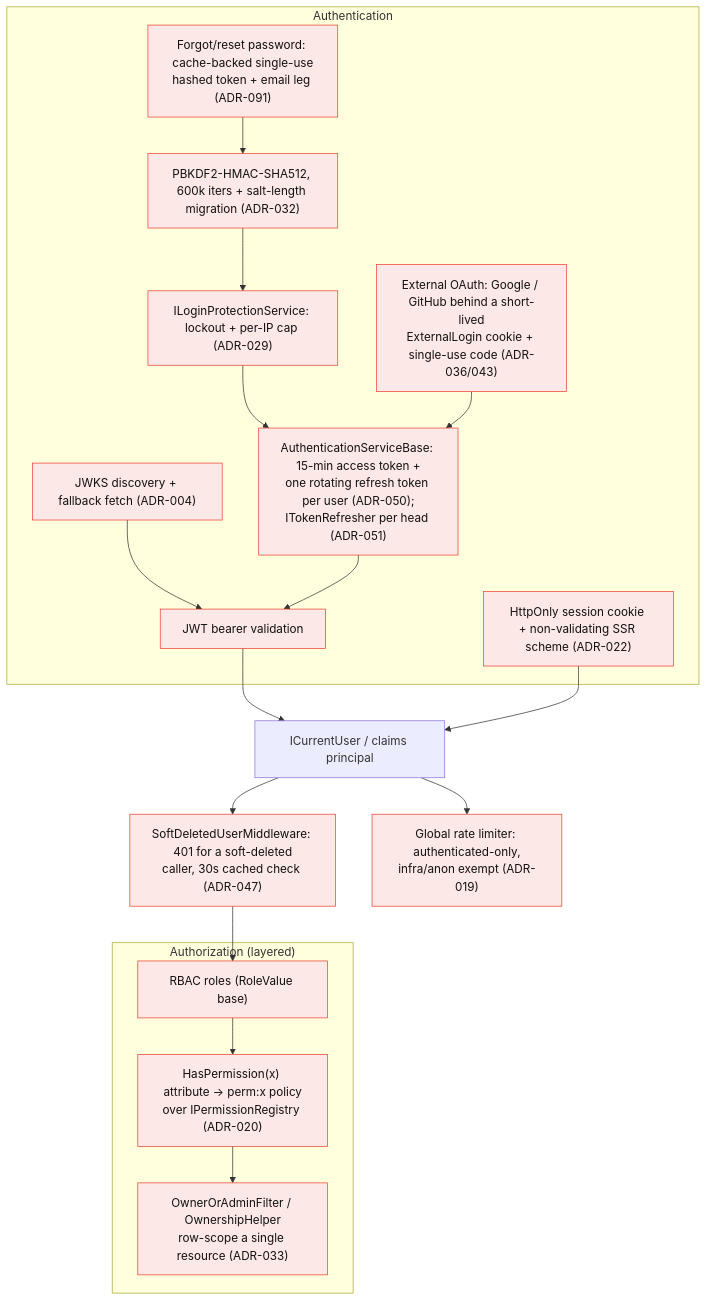
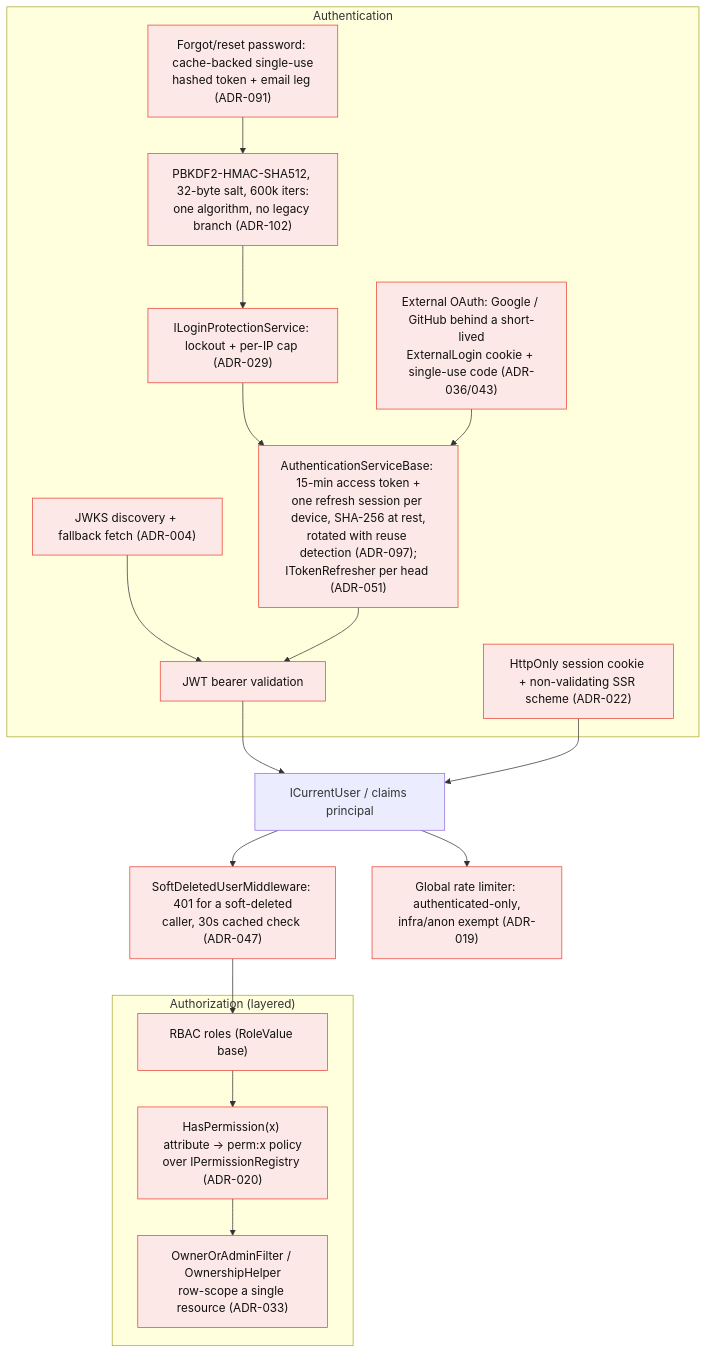
The ninth of 15 diagrams in docs-src/onboarding/CONCEPT-MAPS.md (ivanball/ivanball.github.io), drawn with Mermaid before and after one commit. The commit also changed other lines of this file and 79 other files, not shown here.

````diff
--- a/docs-src/onboarding/CONCEPT-MAPS.md
+++ b/docs-src/onboarding/CONCEPT-MAPS.md
@@ -481,39 +505,39 @@
 ```mermaid
 flowchart TD
     subgraph AUTHN["Authentication"]
         JWT["JWT bearer validation"]
         JWKS["JWKS discovery + fallback fetch (ADR-004)"]
         COOKIE["HttpOnly session cookie + non-validating SSR scheme (ADR-022)"]
-        HASH["PBKDF2-HMAC-SHA512, 600k iters + salt-length migration (ADR-032)"]
+        HASH["PBKDF2-HMAC-SHA512, 32-byte salt, 600k iters:<br/>one algorithm, no legacy branch (ADR-102)"]
         LOGIN["ILoginProtectionService: lockout + per-IP cap (ADR-029)"]
         EXT["External OAuth: Google / GitHub behind a short-lived<br/>ExternalLogin cookie + single-use code (ADR-036/043)"]
-        ROT["AuthenticationServiceBase: 15-min access token +<br/>one rotating refresh token per user (ADR-050);<br/>ITokenRefresher per head (ADR-051)"]
+        ROT["AuthenticationServiceBase: 15-min access token +<br/>one refresh session per device, SHA-256 at rest,<br/>rotated with reuse detection (ADR-097);<br/>ITokenRefresher per head (ADR-051)"]
         RESET["Forgot/reset password: cache-backed single-use<br/>hashed token + email leg (ADR-091)"]
     end
 
     CU["ICurrentUser / claims principal"]
     REV["SoftDeletedUserMiddleware: 401 for a soft-deleted<br/>caller, 30s cached check (ADR-047)"]
 
     subgraph AUTHZ["Authorization (layered)"]
         RBAC["RBAC roles (RoleValue base)"]
         PERM["HasPermission(x) attribute → perm:x policy<br/>over IPermissionRegistry (ADR-020)"]
         OWN["OwnerOrAdminFilter / OwnershipHelper<br/>row-scope a single resource (ADR-033)"]
     end
 
     RL["Global rate limiter: authenticated-only,<br/>infra/anon exempt (ADR-019)"]
 
     JWT --> CU
     JWKS --> JWT
     COOKIE --> CU
     HASH --> LOGIN
     RESET --> HASH
     LOGIN --> ROT
     EXT --> ROT
     ROT --> JWT
     CU --> REV
     REV --> RBAC --> PERM --> OWN
     CU --> RL
 
     classDef a fill:#fce8e6,stroke:#ea4335,color:#111
     class JWT,JWKS,COOKIE,HASH,LOGIN,EXT,ROT,RESET,REV,RBAC,PERM,OWN,RL a
 ```
````
